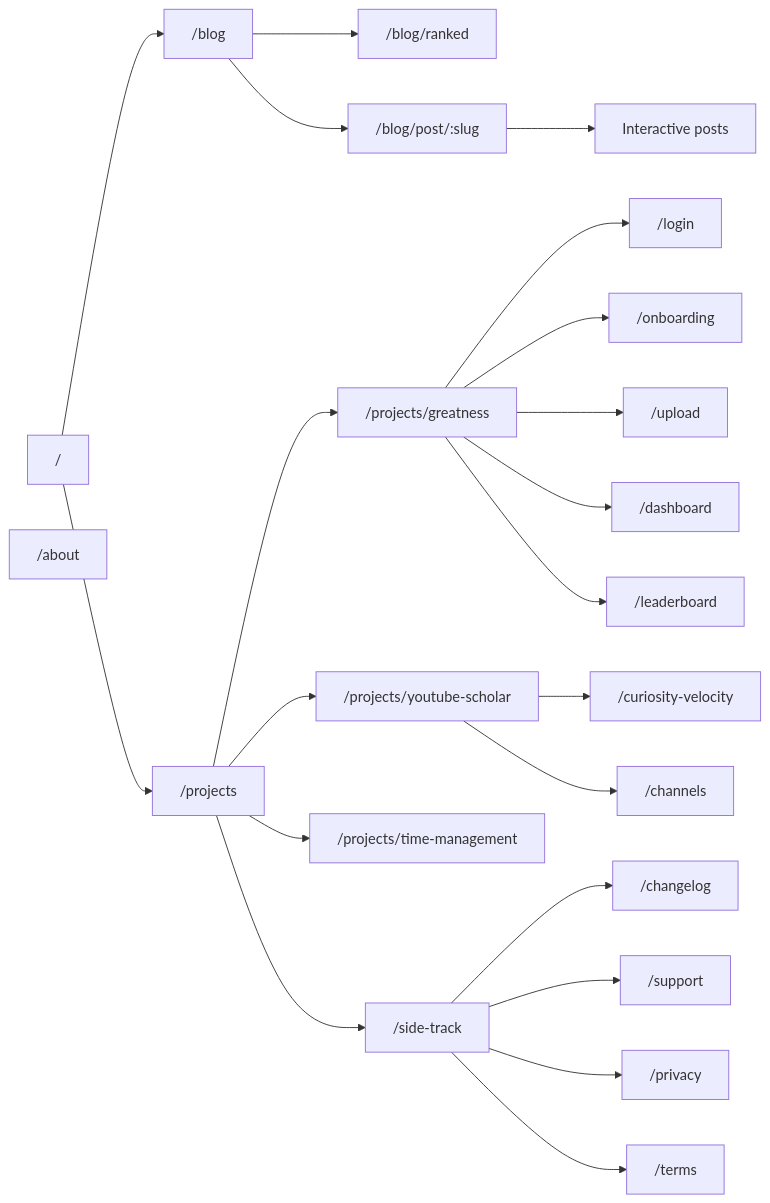
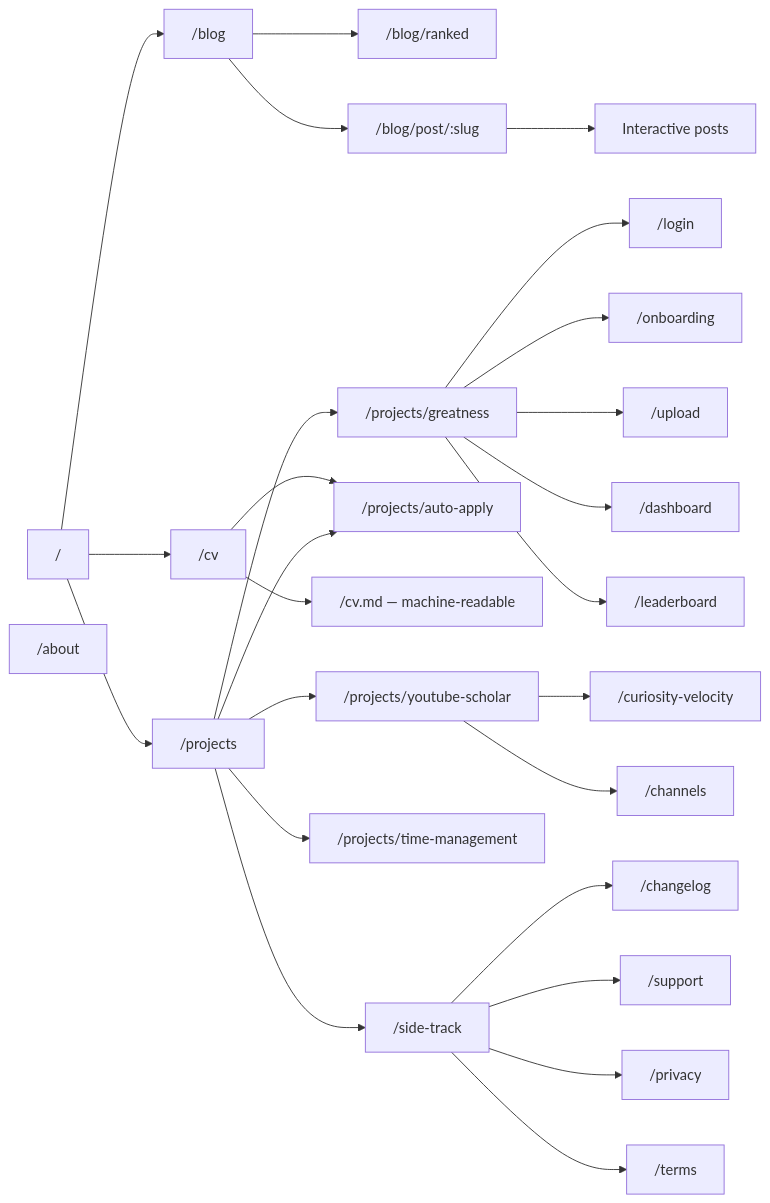
Before and after one commit to reuben-roy/explosion.fun: the third of 10 diagrams in README.md, drawn with Mermaid. The commit also changed other lines of this file and 12 other files, not shown here.

First line of the commit message:
feat: add /cv and surface Auto-Apply as the lead project

````diff
--- a/README.md
+++ b/README.md
@@ -181,35 +200,40 @@
 ```mermaid
 flowchart LR
   HOME["/"]
   ABOUT["/about"]
   BLOG["/blog"]
   RANKED["/blog/ranked"]
   SLUG["/blog/post/:slug"]
   PROJ["/projects"]
+  CV["/cv"]
   ST["/side-track"]
 
   HOME --> BLOG
   HOME --> PROJ
+  HOME --> CV
+  CV --> AA["/projects/auto-apply"]
+  CV --> RAW["/cv.md — machine-readable"]
+  PROJ --> AA
   PROJ --> G["/projects/greatness"]
   PROJ --> TM["/projects/time-management"]
   PROJ --> YT["/projects/youtube-scholar"]
   PROJ --> ST
 
   G --> GL["/login"]
   G --> GO["/onboarding"]
   G --> GU["/upload"]
   G --> GD["/dashboard"]
   G --> GB["/leaderboard"]
 
   YT --> YC["/curiosity-velocity"]
   YT --> YCH["/channels"]
 
   BLOG --> SLUG
   BLOG --> RANKED
   SLUG --> INT["Interactive posts"]
 
   ST --> STC["/changelog"]
   ST --> STS["/support"]
   ST --> STP["/privacy"]
   ST --> STT["/terms"]
 ```
````
